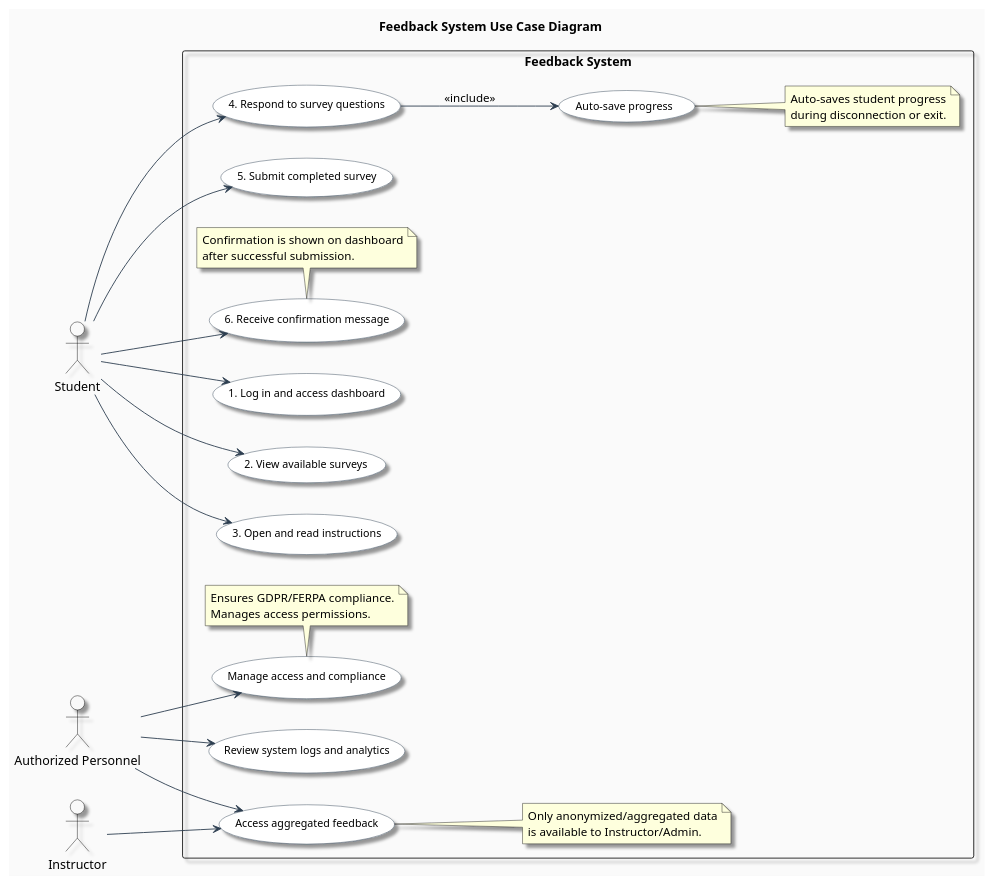
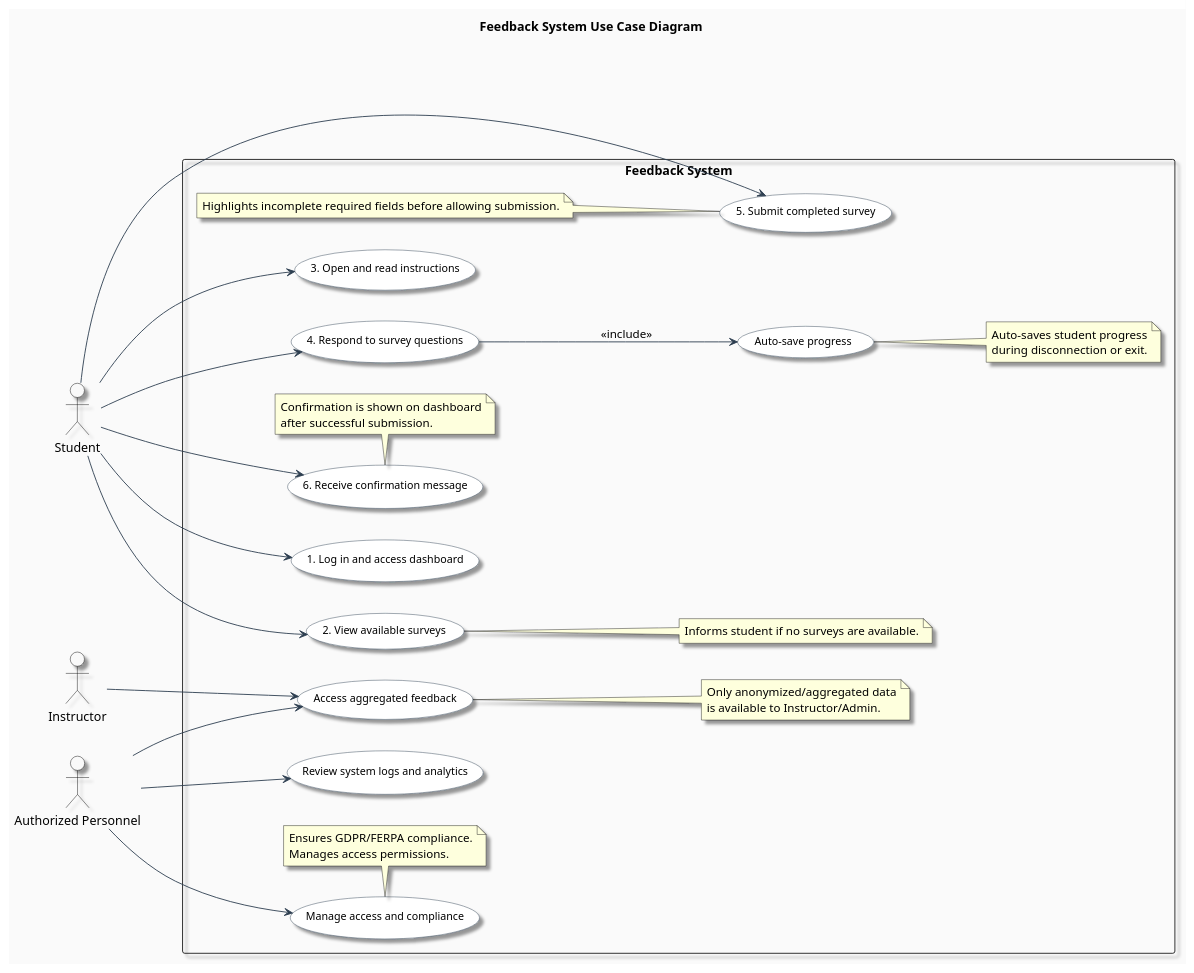
Before and after one commit to bahati7/MKB-cohort-2-Demo: the diagram in doc/usecases/plantUML/tempUC-ProvideFeedback.puml, drawn with PlantUML.

Commit message:
Added clarifying notes for survey availability and submission validation #22
Enhanced feedback system UML diagram to better reflect use case scenarios:
Added a note to 'UC_ViewSurveys' to indicate system response when no surveys are available.
- Added a note to 'UC_Submit' describing validation for required fields before allowing submission.
- Improved alignment between the UML diagram and use case documentation.

```diff
--- a/doc/usecases/plantUML/tempUC-ProvideFeedback.puml
+++ b/doc/usecases/plantUML/tempUC-ProvideFeedback.puml
@@ -1,88 +1,97 @@
 @startuml provide_feedback_usecase
 
 ' Diagram Settings
 left to right direction
 skinparam backgroundColor #FAFAFA
 skinparam shadowing true
 
 skinparam actor {
     BackgroundColor #f9f9f9
     BorderColor Black
     FontColor Black
     Shadowing true
 }
 
 skinparam usecase {
     BackgroundColor White
     BorderColor #2C3E50
     ArrowColor #2C3E50
     FontColor Black
     FontSize 12
     Shadowing true
     RoundCorner 20
 }
 
 title Feedback System Use Case Diagram
 
 ' Actors
 actor Student
 actor Instructor
 actor "Authorized Personnel" as Admin
 
 ' System Boundary
 rectangle "Feedback System" {
     
     ' Student Use Cases
     usecase UC_LoginDashboard as "1. Log in and access dashboard"
     usecase UC_ViewSurveys as "2. View available surveys"
     usecase UC_ReadInstructions as "3. Open and read instructions"
     usecase UC_Respond as "4. Respond to survey questions"
     usecase UC_AutoSave as "Auto-save progress"
     usecase UC_Submit as "5. Submit completed survey"
     usecase UC_Confirm as "6. Receive confirmation message"
     
     ' Instructor/Admin Use Cases
     usecase UC_Review as "Access aggregated feedback"
     usecase UC_Logs as "Review system logs and analytics"
     usecase UC_Privacy as "Manage access and compliance"
     
     ' Student Flow (ordered)
     Student --> UC_LoginDashboard
     Student --> UC_ViewSurveys
     Student --> UC_ReadInstructions
     Student --> UC_Respond
     UC_Respond --> UC_AutoSave : <<include>>
     Student --> UC_Submit
     Student --> UC_Confirm
 
     ' Instructor Flow
     Instructor --> UC_Review
 
     ' Admin Flow
     Admin --> UC_Review
     Admin --> UC_Logs
     Admin --> UC_Privacy
 
     ' Clarifying Notes
     note right of UC_AutoSave
         Auto-saves student progress
         during disconnection or exit.
     end note
 
     note bottom of UC_Confirm
         Confirmation is shown on dashboard
         after successful submission.
     end note
 
     note right of UC_Review
         Only anonymized/aggregated data
         is available to Instructor/Admin.
     end note
 
     note bottom of UC_Privacy
         Ensures GDPR/FERPA compliance.
         Manages access permissions.
     end note
+
+    note right of UC_ViewSurveys
+    Informs student if no surveys are available.
+end note
+
+note left of UC_Submit
+    Highlights incomplete required fields before allowing submission.
+end note
+
 }
 
 @enduml
```
